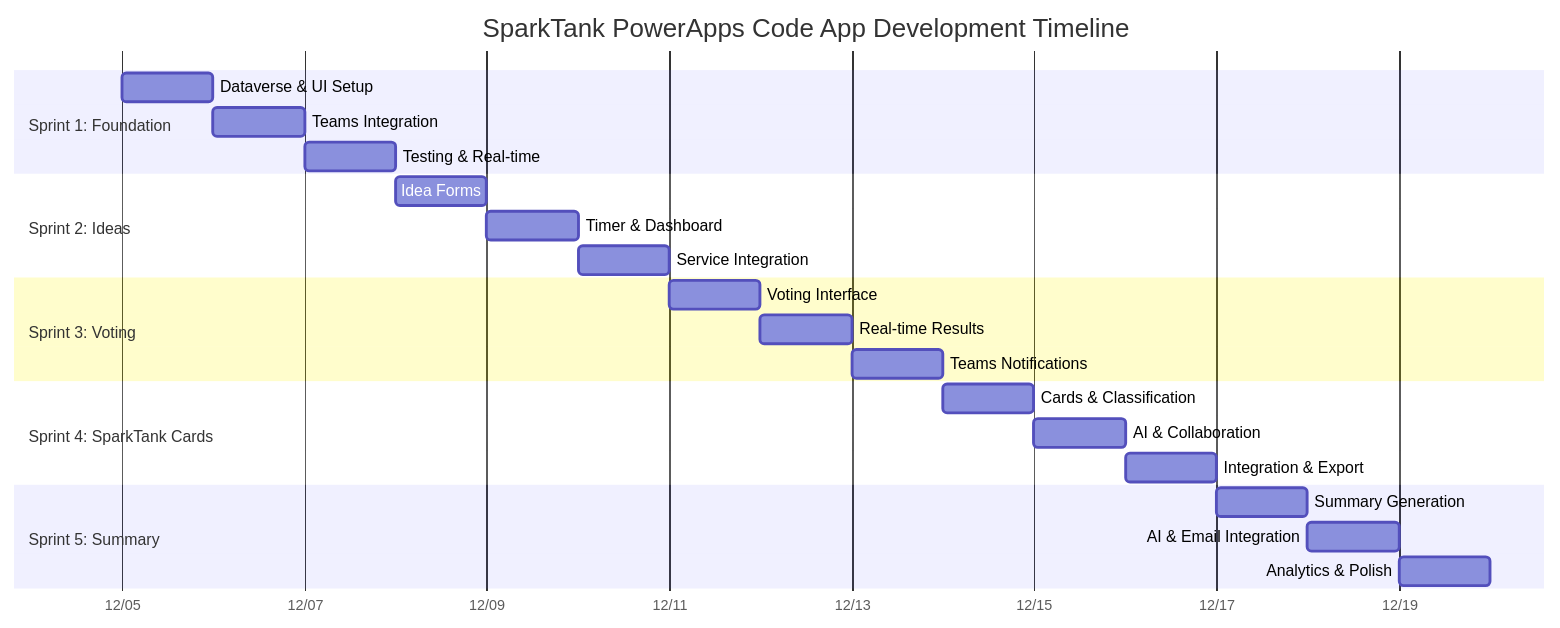
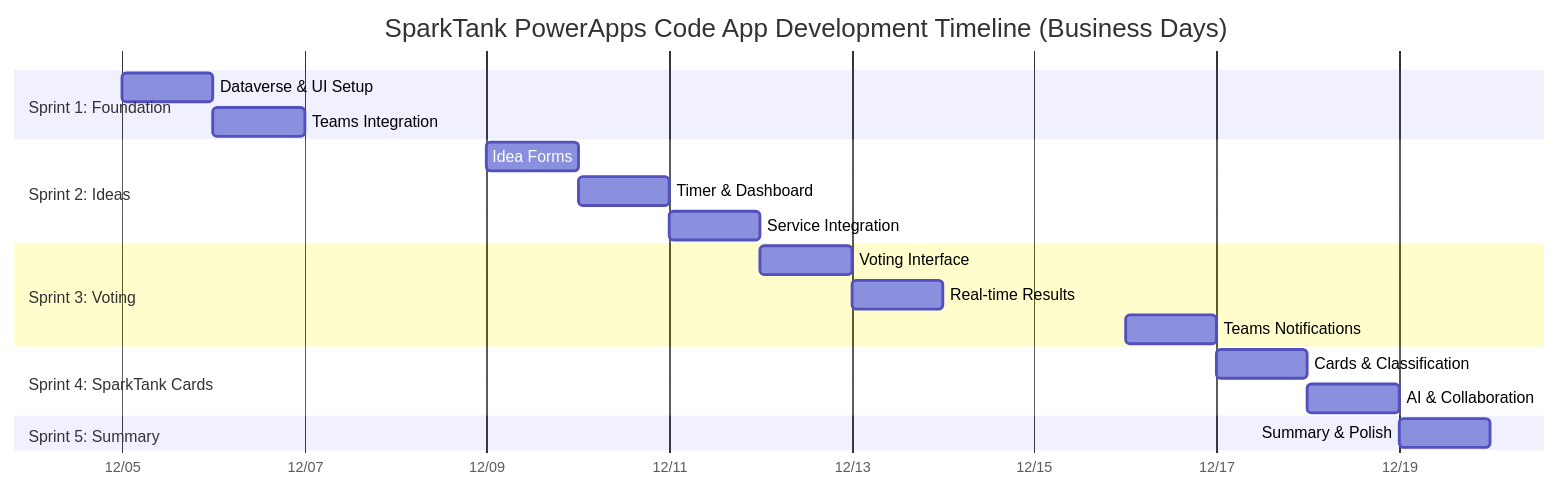
The sixth of 7 diagrams in implementation-plan-revised.md (Ramakrishnan24689/spark-tank-virtual), drawn with Mermaid before and after one commit. The commit also changed other lines of this file, not shown here.

````diff
--- a/implementation-plan-revised.md
+++ b/implementation-plan-revised.md
@@ -588,31 +588,27 @@
 ```mermaid
 gantt
-    title SparkTank PowerApps Code App Development Timeline
+    title SparkTank PowerApps Code App Development Timeline (Business Days)
     dateFormat  YYYY-MM-DD
     axisFormat %m/%d
 
     section Sprint 1: Foundation
     Dataverse & UI Setup    :sprint1-1, 2025-12-05, 1d
     Teams Integration       :sprint1-2, 2025-12-06, 1d
-    Testing & Real-time     :sprint1-3, 2025-12-07, 1d
 
     section Sprint 2: Ideas
-    Idea Forms              :sprint2-1, 2025-12-08, 1d
-    Timer & Dashboard       :sprint2-2, 2025-12-09, 1d
-    Service Integration     :sprint2-3, 2025-12-10, 1d
+    Idea Forms              :sprint2-1, 2025-12-09, 1d
+    Timer & Dashboard       :sprint2-2, 2025-12-10, 1d
+    Service Integration     :sprint2-3, 2025-12-11, 1d
 
     section Sprint 3: Voting
-    Voting Interface        :sprint3-1, 2025-12-11, 1d
-    Real-time Results       :sprint3-2, 2025-12-12, 1d
-    Teams Notifications     :sprint3-3, 2025-12-13, 1d
+    Voting Interface        :sprint3-1, 2025-12-12, 1d
+    Real-time Results       :sprint3-2, 2025-12-13, 1d
+    Teams Notifications     :sprint3-3, 2025-12-16, 1d
 
     section Sprint 4: SparkTank Cards
-    Cards & Classification  :sprint4-1, 2025-12-14, 1d
-    AI & Collaboration      :sprint4-2, 2025-12-15, 1d
-    Integration & Export    :sprint4-3, 2025-12-16, 1d
+    Cards & Classification  :sprint4-1, 2025-12-17, 1d
+    AI & Collaboration      :sprint4-2, 2025-12-18, 1d
 
     section Sprint 5: Summary
-    Summary Generation      :sprint5-1, 2025-12-17, 1d
-    AI & Email Integration  :sprint5-2, 2025-12-18, 1d
-    Analytics & Polish      :sprint5-3, 2025-12-19, 1d
+    Summary & Polish        :sprint5-1, 2025-12-19, 1d
 ```
````
